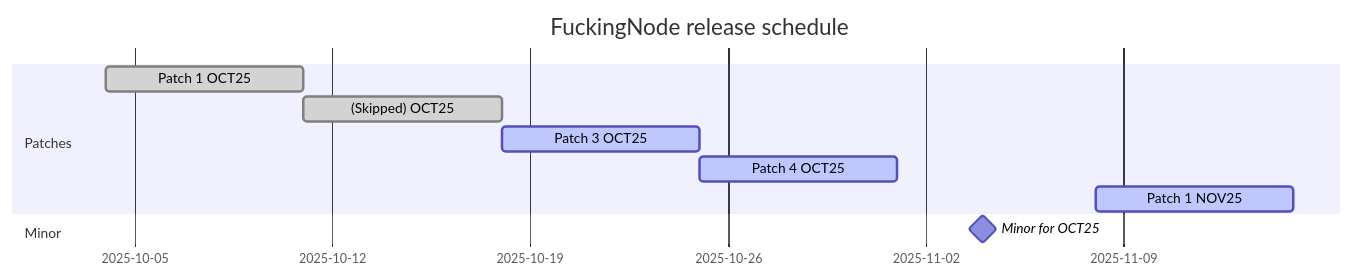
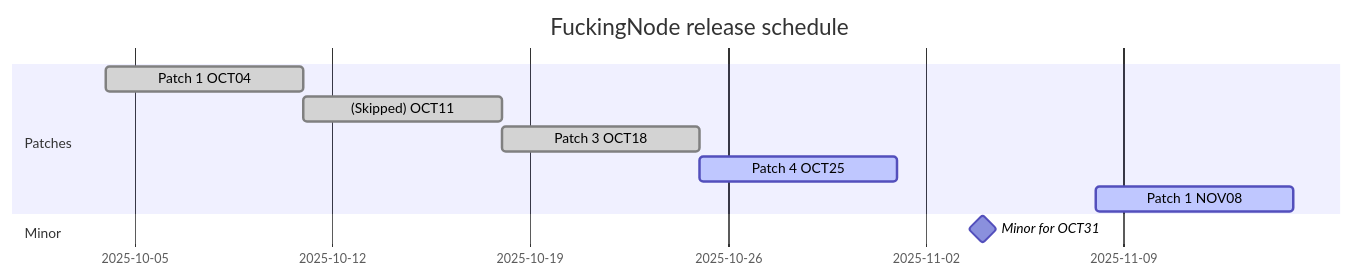
Before and after one commit to FuckingNode/FuckingNode: the diagram in RELEASE_SCHEDULE.md, drawn with Mermaid. The commit also changed 3 other files, not shown here.

````diff
--- a/RELEASE_SCHEDULE.md
+++ b/RELEASE_SCHEDULE.md
@@ -32,14 +32,14 @@
 ```mermaid
 gantt
     title FuckingNode release schedule
     dateFormat  DD-MM-YYYY
     section Patches
-    Patch 1 OCT25 :done, 04-10-2025, 7d
-    (Skipped) OCT25 :done, 11-10-2025, 7d
-    Patch 3 OCT25 :active, 18-10-2025, 7d
+    Patch 1 OCT04 :done, 04-10-2025, 7d
+    (Skipped) OCT11 :done, 11-10-2025, 7d
+    Patch 3 OCT18 :done, 18-10-2025, 7d
     Patch 4 OCT25 :active, 25-10-2025, 7d
     %% Extra patch :crit, 02-11-2025, 6d
-    Patch 1 NOV25 :active, 08-11-2025, 7d
+    Patch 1 NOV08 :active, 08-11-2025, 7d
     section Minor
-    Minor for OCT25 :milestone, 31-10-2025, 8d
+    Minor for OCT31 :milestone, 31-10-2025, 8d
 ```
````
